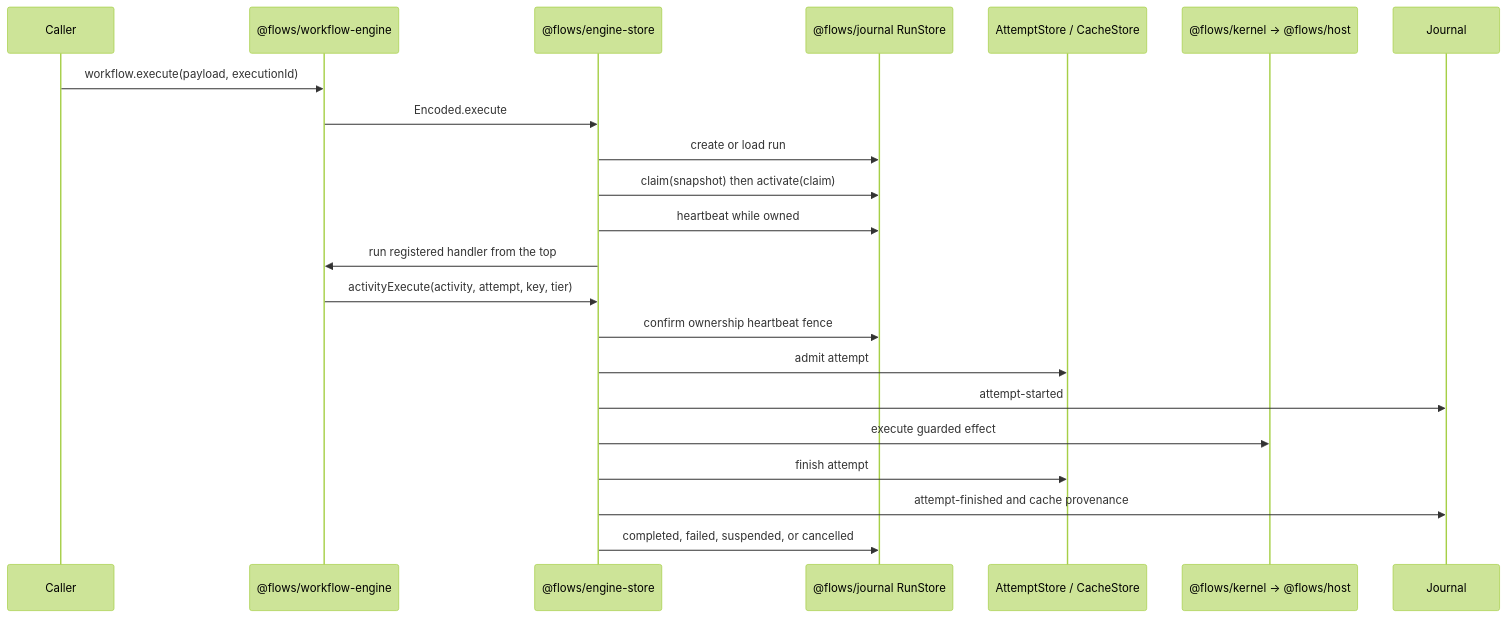
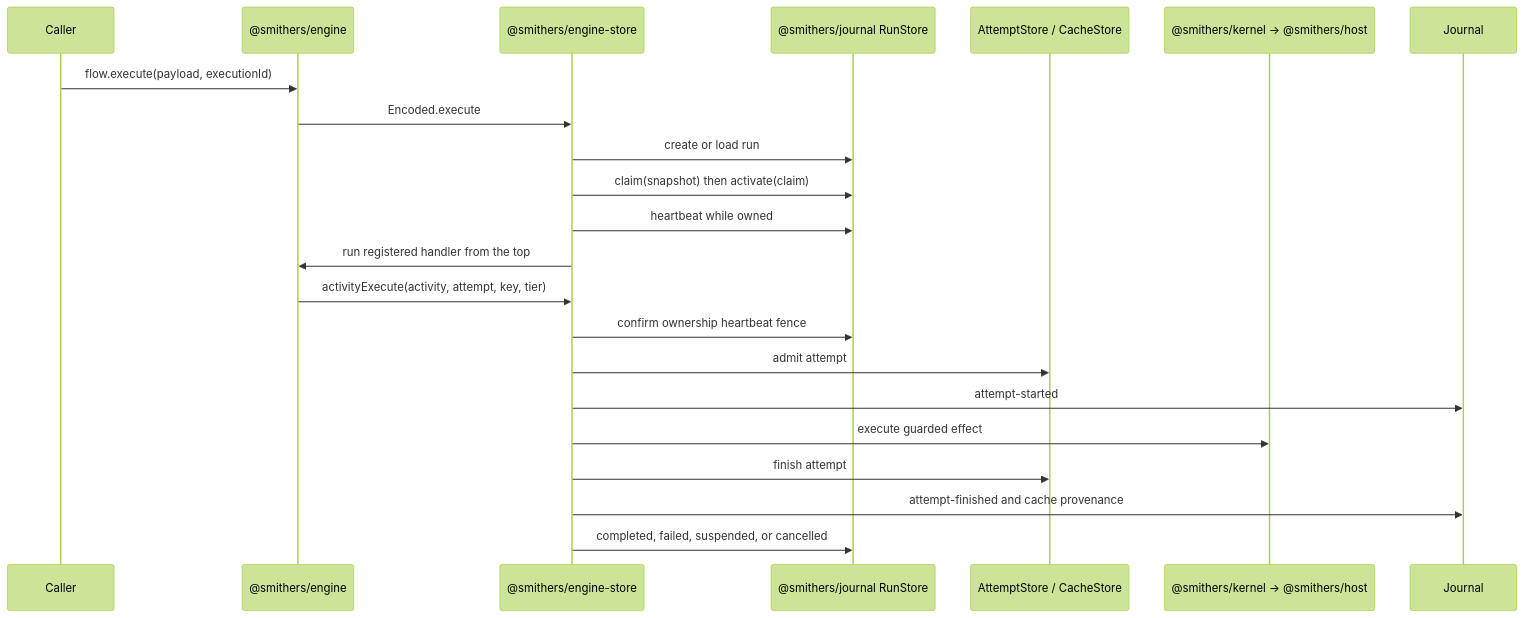
One commit to smithersai/flows changed the diagram in docs/architecture/execution-data-flow.md. Above: the diagram before and after it, drawn with Mermaid (forest theme). The commit also changed other lines of this file and 249 other files, not shown here.

First line of the commit message:
📦 refactor(engine): rename workflow-engine to engine and Workflow to Flow

````diff
--- a/docs/architecture/execution-data-flow.md
+++ b/docs/architecture/execution-data-flow.md
@@ -5,25 +5,25 @@
 ```mermaid
 sequenceDiagram
   participant Caller
-  participant Workflow as @flows/workflow-engine
-  participant Driver as @flows/engine-store
-  participant Runs as @flows/journal RunStore
+  participant Flow as @smithers/engine
+  participant Driver as @smithers/engine-store
+  participant Runs as @smithers/journal RunStore
   participant Attempts as AttemptStore / CacheStore
-  participant Host as @flows/kernel → @flows/host
+  participant Host as @smithers/kernel → @smithers/host
   participant Journal as Journal
 
-  Caller->>Workflow: workflow.execute(payload, executionId)
-  Workflow->>Driver: Encoded.execute
+  Caller->>Flow: flow.execute(payload, executionId)
+  Flow->>Driver: Encoded.execute
   Driver->>Runs: create or load run
   Driver->>Runs: claim(snapshot) then activate(claim)
   Driver->>Runs: heartbeat while owned
-  Driver->>Workflow: run registered handler from the top
-  Workflow->>Driver: activityExecute(activity, attempt, key, tier)
+  Driver->>Flow: run registered handler from the top
+  Flow->>Driver: activityExecute(activity, attempt, key, tier)
   Driver->>Runs: confirm ownership heartbeat fence
   Driver->>Attempts: admit attempt
   Driver->>Journal: attempt-started
   Driver->>Host: execute guarded effect
   Driver->>Attempts: finish attempt
   Driver->>Journal: attempt-finished and cache provenance
   Driver->>Runs: completed, failed, suspended, or cancelled
 ```
````
